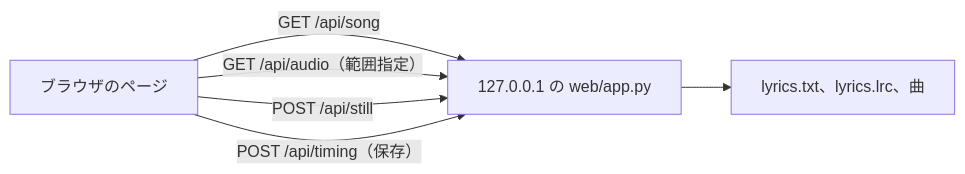
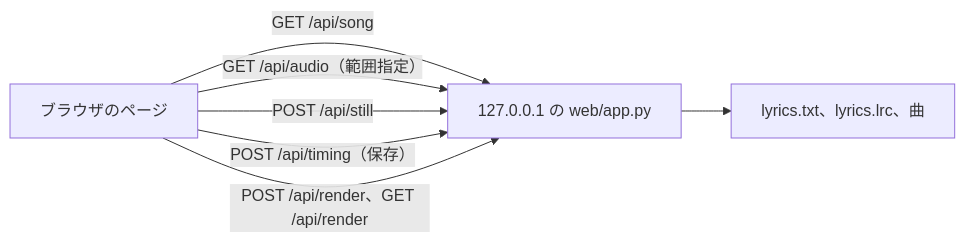
The third of 3 diagrams in docs/ja/ARCHITECTURE.md (musica-sanare/lyrics-video-app), drawn with Mermaid before and after one commit. The commit also changed other lines of this file and 17 other files, not shown here.

First line of the commit message:
feat: render videos from the sync page

````diff
--- a/docs/ja/ARCHITECTURE.md
+++ b/docs/ja/ARCHITECTURE.md
@@ -101,11 +101,12 @@
 ```mermaid
 flowchart LR
   page["ブラウザのページ"]
   server["127.0.0.1 の web/app.py"]
   files["lyrics.txt、lyrics.lrc、曲"]
   page -->|"GET /api/song"| server
   page -->|"GET /api/audio（範囲指定）"| server
   page -->|"POST /api/still"| server
   page -->|"POST /api/timing（保存）"| server
+  page -->|"POST /api/render、GET /api/render"| server
   server --> files
 ```
````
